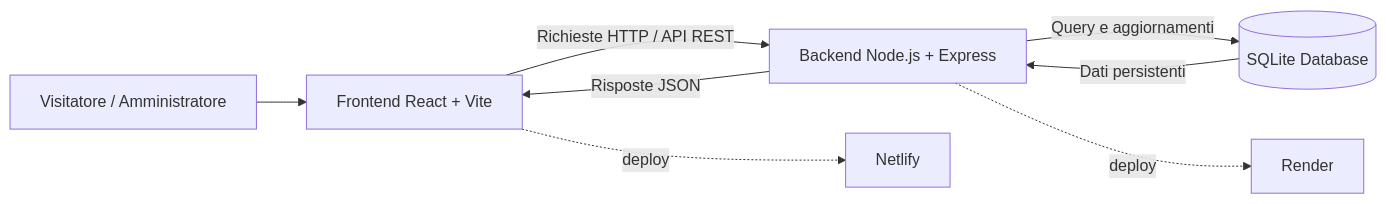
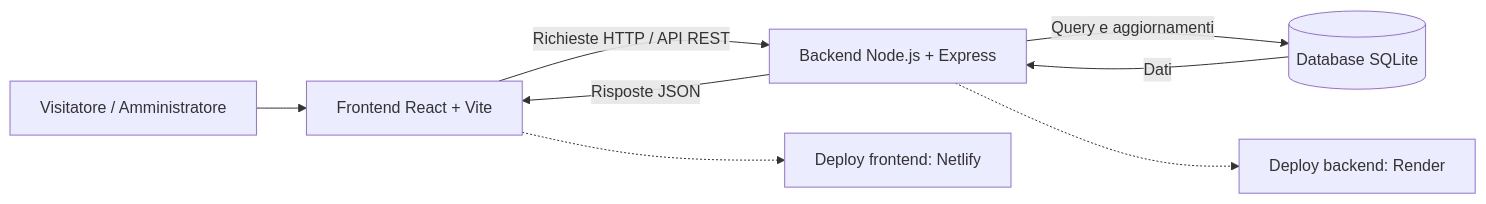
One commit to RobertoCastelli/museo-hub changed the first of 2 diagrams in docs/diagrams/architettura.md. Above: the diagram before and after it, drawn with Mermaid. The commit also changed other lines of this file and 3 other files, not shown here.

````diff
--- a/docs/diagrams/architettura.md
+++ b/docs/diagrams/architettura.md
@@ -8,14 +8,14 @@
 ```mermaid
 flowchart LR
-    U[Visitatore / Amministratore] --> FE[Frontend React + Vite]
+    U["Visitatore / Amministratore"] --> FE["Frontend React + Vite"]
 
-    FE -->|Richieste HTTP / API REST| BE[Backend Node.js + Express]
+    FE -->|"Richieste HTTP / API REST"| BE["Backend Node.js + Express"]
 
-    BE -->|Query e aggiornamenti| DB[(SQLite Database)]
+    BE -->|"Query e aggiornamenti"| DB[("Database SQLite")]
+    DB -->|"Dati"| BE
 
-    DB -->|Dati persistenti| BE
-    BE -->|Risposte JSON| FE
+    BE -->|"Risposte JSON"| FE
 
-    FE -. deploy .-> NET[Netlify]
-    BE -. deploy .-> REN[Render]
+    FE -.-> NET["Deploy frontend: Netlify"]
+    BE -.-> REN["Deploy backend: Render"]
 ```
````
